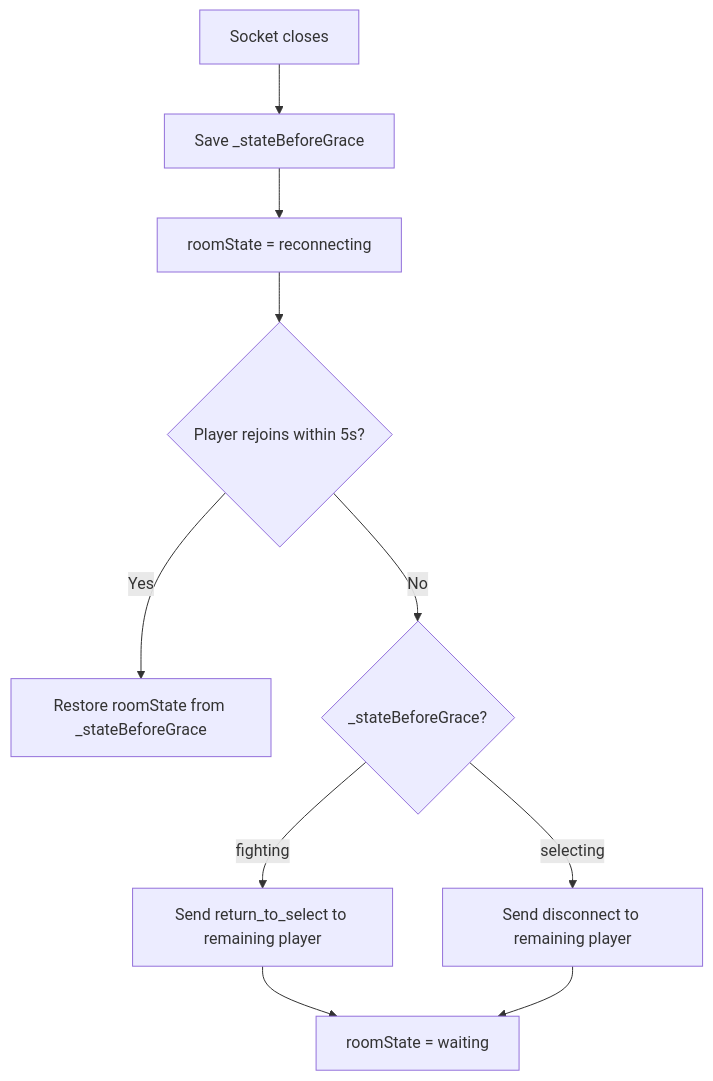
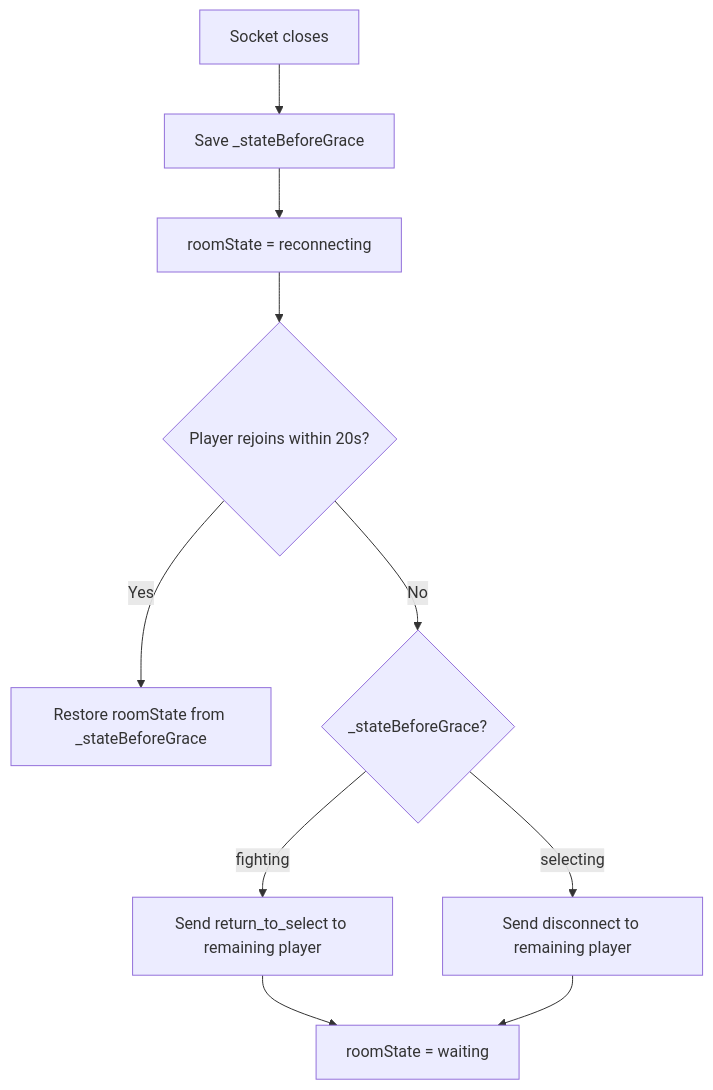
The second of 2 diagrams in docs/room-state-machine.md (simon0191/a-los-traques), drawn with Mermaid before and after one commit. The commit also changed other lines of this file and 9 other files, not shown here.

````diff
--- a/docs/room-state-machine.md
+++ b/docs/room-state-machine.md
@@ -34,12 +34,12 @@
 ```mermaid
 flowchart TD
     A[Socket closes] --> B[Save _stateBeforeGrace]
     B --> C[roomState = reconnecting]
-    C --> D{Player rejoins within 5s?}
+    C --> D{Player rejoins within 20s?}
     D -- Yes --> E[Restore roomState from _stateBeforeGrace]
     D -- No --> F{_stateBeforeGrace?}
     F -- fighting --> G["Send return_to_select to remaining player"]
     F -- selecting --> H["Send disconnect to remaining player"]
     G --> I[roomState = waiting]
     H --> I
 ```
````
